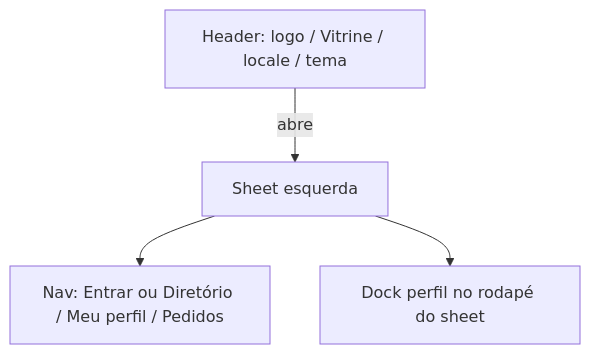
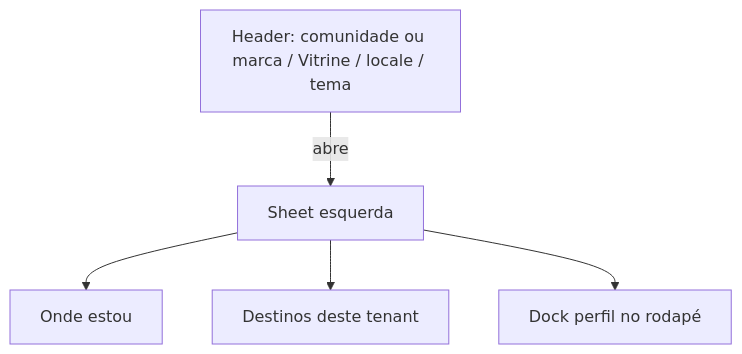
Before and after one commit to colabcolibri/comuna: the second of 2 diagrams in docs/09_design_system.md, drawn with Mermaid. The commit also changed other lines of this file and 50 other files, not shown here.

````diff
--- a/docs/09_design_system.md
+++ b/docs/09_design_system.md
@@ -117,7 +122,8 @@
 ```mermaid
 flowchart TB
-    H[Header: logo / Vitrine / locale / tema]
+    H[Header: comunidade ou marca / Vitrine / locale / tema]
     H -->|abre| SH[Sheet esquerda]
-    SH --> N[Nav: Entrar ou Diretório / Meu perfil / Pedidos]
-    SH --> PF[Dock perfil no rodapé do sheet]
+    SH --> SW[Onde estou]
+    SH --> N[Destinos deste tenant]
+    SH --> PF[Dock perfil no rodapé]
 ```
````
